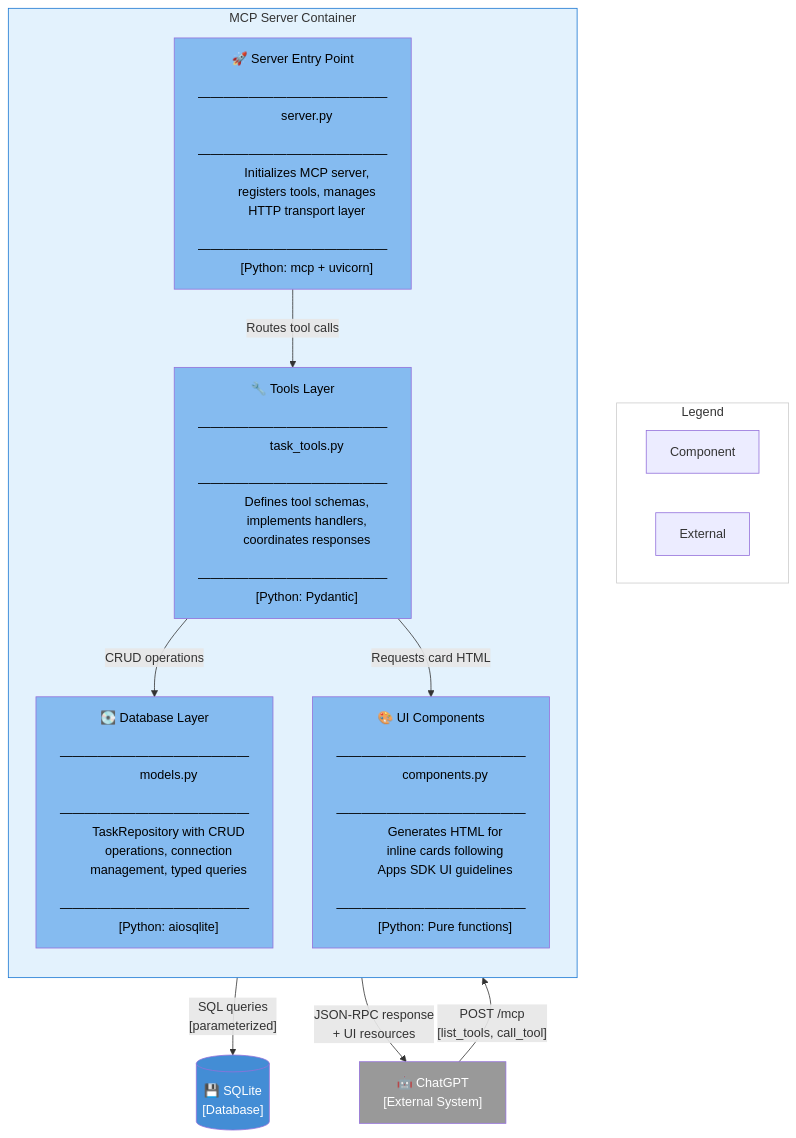
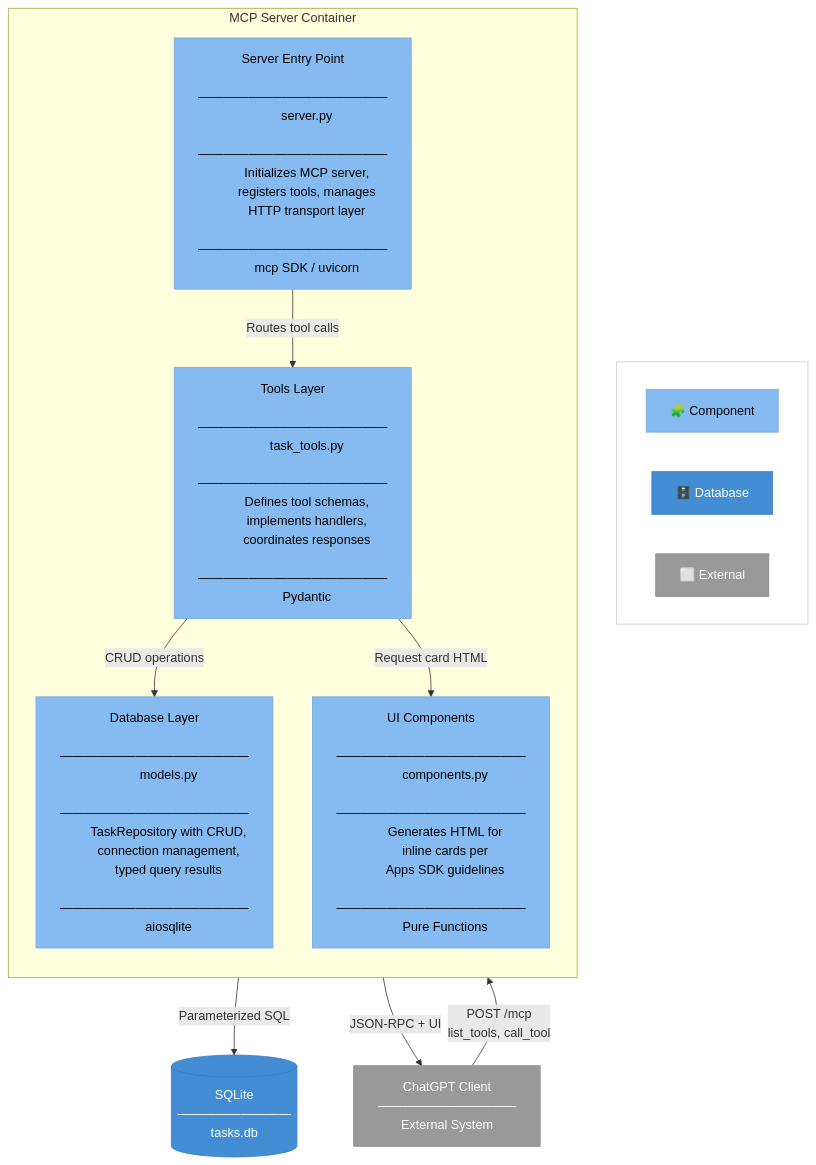
Before and after one commit to buildfaster-dev/chatgpt-todo-app: the third of 6 diagrams in docs/C4-diagrams.md, drawn with Mermaid. The commit also changed other lines of this file, not shown here.

Commit message:
docs(c4): regenerate diagrams with proper styling

````diff
--- a/docs/C4-diagrams.md
+++ b/docs/C4-diagrams.md
@@ -135,18 +151,25 @@
 ```mermaid
 flowchart TB
-    subgraph legend[Legend]
+    classDef external fill:#999999,stroke:#8A8A8A,color:#FFFFFF
+    classDef component fill:#85BBF0,stroke:#78A8D8,color:#000000
+    classDef database fill:#438DD5,stroke:#3A7BBE,color:#FFFFFF
+    classDef legendBox fill:#FFFFFF,stroke:#CCCCCC,color:#000000
+
+    subgraph Legend[" "]
         direction LR
-        comp[Component]
-        ext[External]
+        L1["🧩 Component"]
+        L2["🗄️ Database"]
+        L3["⬜ External"]
     end
 
-    ChatGPT["🤖 ChatGPT
-    [External System]"]
+    ChatGPT["ChatGPT Client
+    ―――――――――――
+    External System"]
 
     subgraph MCPServer["MCP Server Container"]
         direction TB
         
-        ServerEntry["🚀 Server Entry Point
+        ServerEntry["Server Entry Point
         ―――――――――――――――
         server.py
         ―――――――――――――――
@@ -154,9 +177,9 @@
         registers tools, manages
         HTTP transport layer
         ―――――――――――――――
-        [Python: mcp + uvicorn]"]
+        mcp SDK / uvicorn"]
         
-        ToolsLayer["🔧 Tools Layer
+        ToolsLayer["Tools Layer
         ―――――――――――――――
         task_tools.py
         ―――――――――――――――
@@ -164,48 +187,49 @@
         implements handlers,
         coordinates responses
         ―――――――――――――――
-        [Python: Pydantic]"]
+        Pydantic"]
         
-        DBLayer["💽 Database Layer
+        DBLayer["Database Layer
         ―――――――――――――――
         models.py
         ―――――――――――――――
-        TaskRepository with CRUD
-        operations, connection
-        management, typed queries
+        TaskRepository with CRUD,
+        connection management,
+        typed query results
         ―――――――――――――――
-        [Python: aiosqlite]"]
+        aiosqlite"]
         
-        UIComponents["🎨 UI Components
+        UIComponents["UI Components
         ―――――――――――――――
         components.py
         ―――――――――――――――
         Generates HTML for
-        inline cards following
-        Apps SDK UI guidelines
+        inline cards per
+        Apps SDK guidelines
         ―――――――――――――――
-        [Python: Pure functions]"]
+        Pure Functions"]
     end
 
-    SQLite[("💾 SQLite
-    [Database]")]
+    SQLite[("SQLite
+    ―――――――――
+    tasks.db")]
 
     ChatGPT -->|"POST /mcp
-    [list_tools, call_tool]"| ServerEntry
+    list_tools, call_tool"| ServerEntry
     ServerEntry -->|"Routes tool calls"| ToolsLayer
     ToolsLayer -->|"CRUD operations"| DBLayer
-    ToolsLayer -->|"Requests card HTML"| UIComponents
-    DBLayer -->|"SQL queries
-    [parameterized]"| SQLite
-    ServerEntry -->|"JSON-RPC response
-    + UI resources"| ChatGPT
+    ToolsLayer -->|"Request card HTML"| UIComponents
+    DBLayer -->|"Parameterized SQL"| SQLite
+    ServerEntry -->|"JSON-RPC + UI"| ChatGPT
 
-    style ChatGPT fill:#999999,color:#fff
-    style ServerEntry fill:#85BBF0,color:#000
-    style ToolsLayer fill:#85BBF0,color:#000
-    style DBLayer fill:#85BBF0,color:#000
-    style UIComponents fill:#85BBF0,color:#000
-    style SQLite fill:#438DD5,color:#fff
-    style MCPServer fill:#e3f2fd,stroke:#1976d2
-    style legend fill:#fff,stroke:#ccc
+    class ChatGPT external
+    class ServerEntry component
+    class ToolsLayer component
+    class DBLayer component
+    class UIComponents component
+    class SQLite database
+    class L1 component
+    class L2 database
+    class L3 external
+    class Legend legendBox
 ```
````
